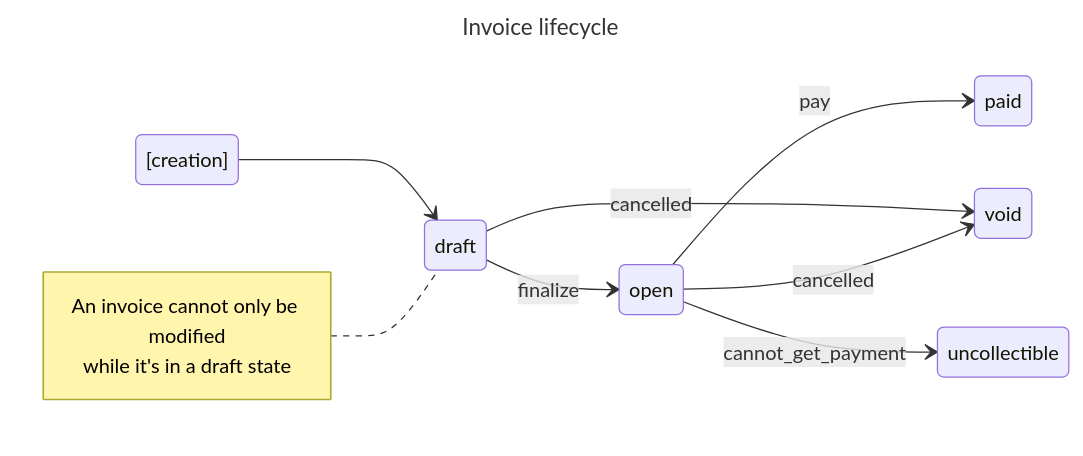
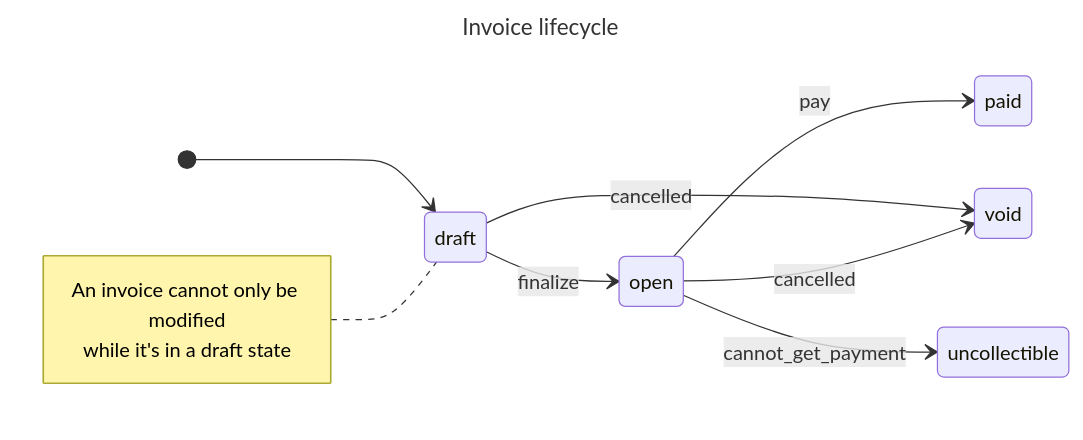
One commit to SBats/open-specs changed the diagram in sale/invoice-lifecycle.mmd. Above: the diagram before and after it, drawn with Mermaid. The commit also changed 1 other file, not shown here.

```diff
--- a/sale/invoice-lifecycle.mmd
+++ b/sale/invoice-lifecycle.mmd
@@ -1,15 +1,15 @@
 ---
 title: Invoice lifecycle
 ---
 stateDiagram-v2
   direction LR
-  [creation] --> draft
+  [*] --> draft
   draft --> open: finalize
   draft --> void: cancelled
   open --> paid: pay
   note left of draft
     An invoice cannot only be modified
     while it's in a draft state
   end note
   open --> void: cancelled
   open --> uncollectible: cannot_get_payment
```
